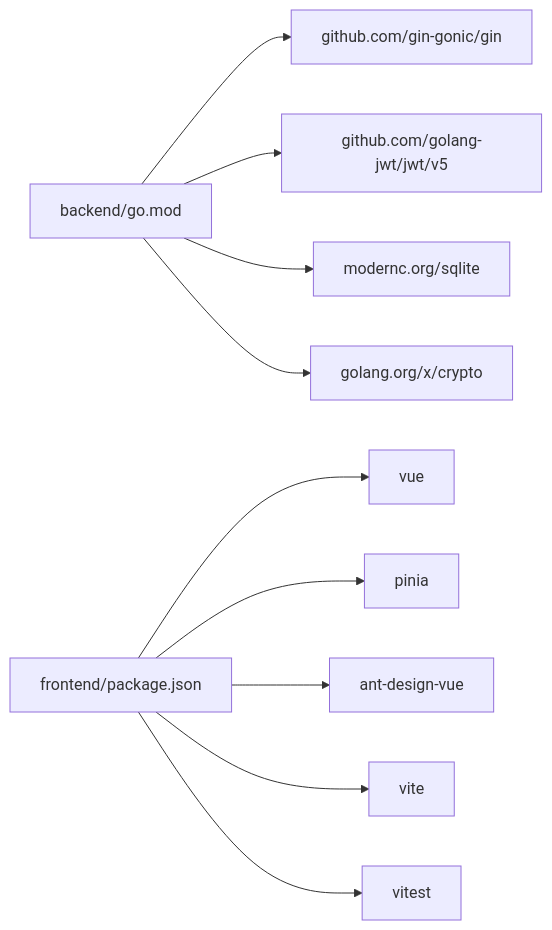
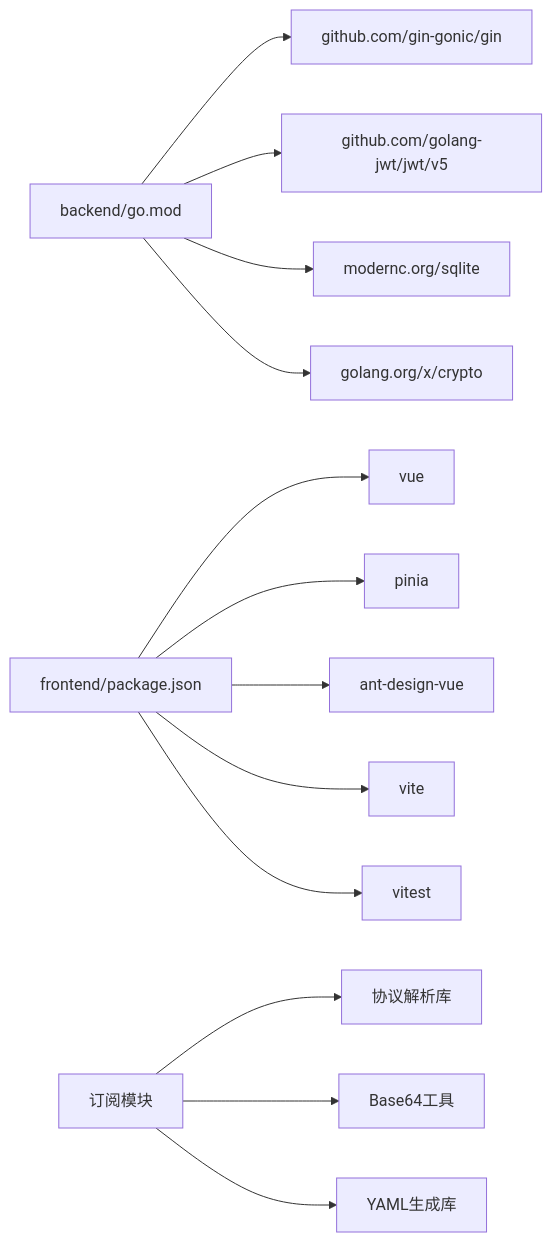
The tenth of 10 diagrams in .qoder/repowiki/zh/content/开发指南/开发指南.md (AlcaProphet/VPN-Subscription-Management), drawn with Mermaid before and after one commit. The commit also changed other lines of this file and 109 other files, not shown here.

````diff
--- a/.qoder/repowiki/zh/content/开发指南/开发指南.md
+++ b/.qoder/repowiki/zh/content/开发指南/开发指南.md
@@ -369,12 +461,15 @@
 ```mermaid
 graph LR
 A["backend/go.mod"] --> B["github.com/gin-gonic/gin"]
 A --> C["github.com/golang-jwt/jwt/v5"]
 A --> D["modernc.org/sqlite"]
 A --> E["golang.org/x/crypto"]
 F["frontend/package.json"] --> G["vue"]
 F --> H["pinia"]
 F --> I["ant-design-vue"]
 F --> J["vite"]
 F --> K["vitest"]
+L["订阅模块"] --> M["协议解析库"]
+L --> N["Base64工具"]
+L --> O["YAML生成库"]
 ```
````
